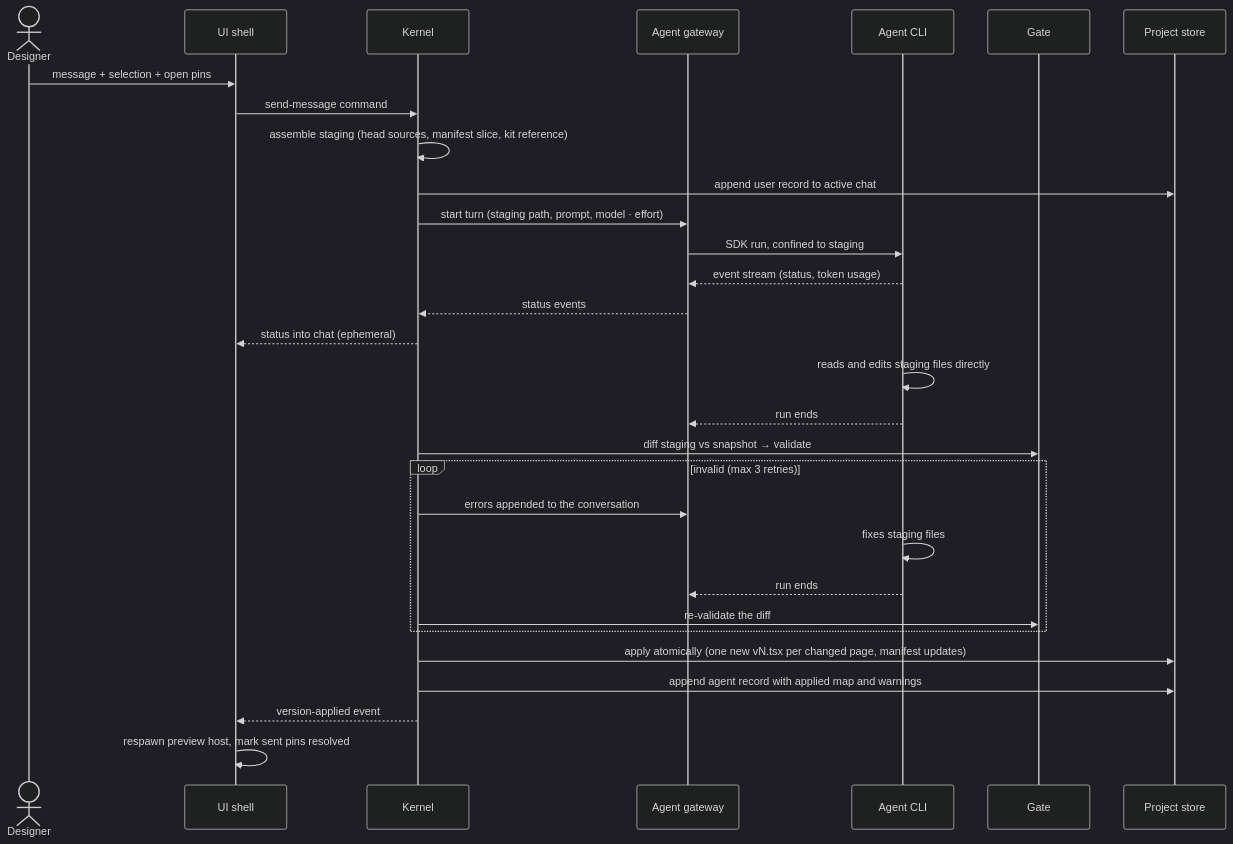
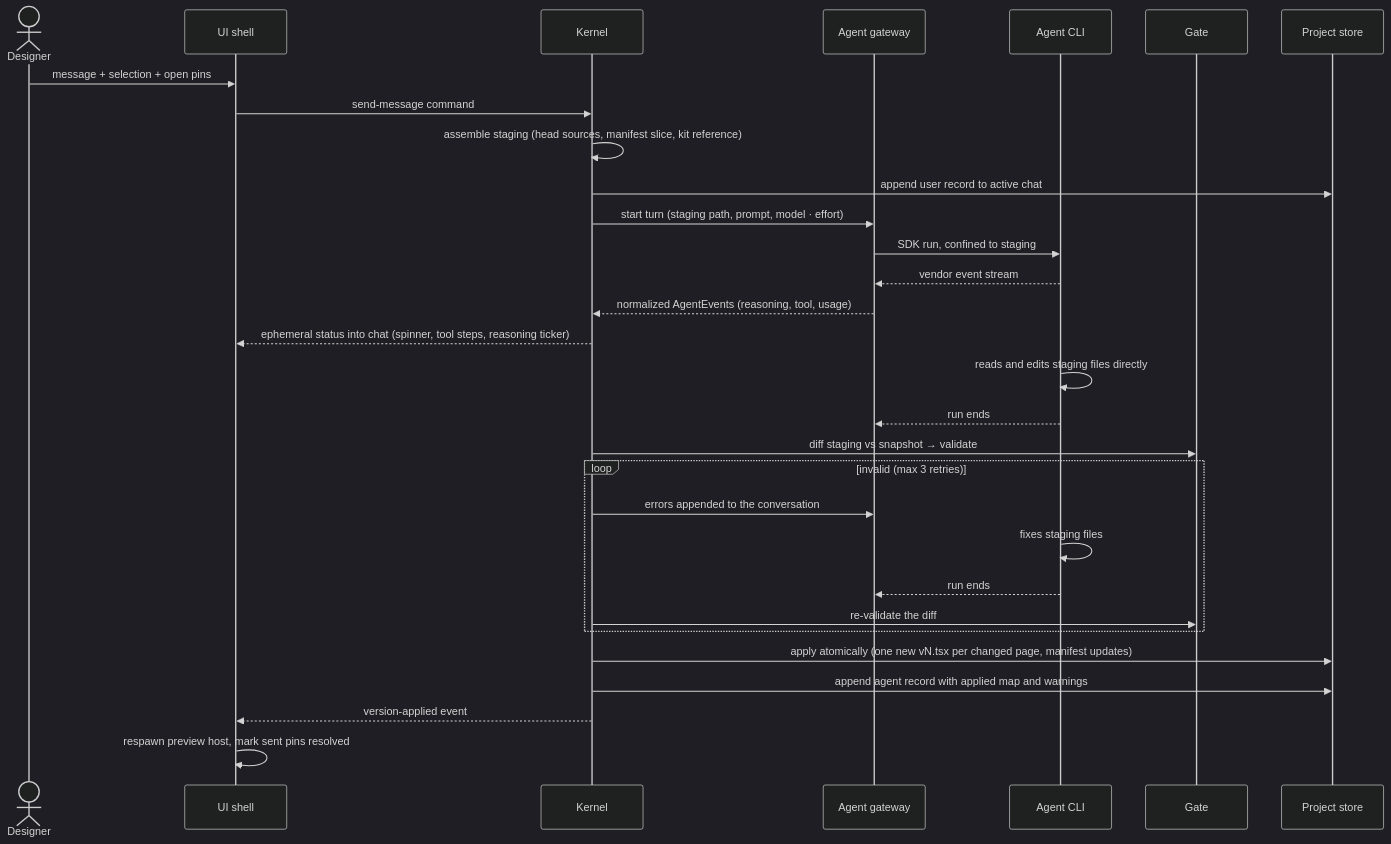
Before and after one commit to khmilevoi/termcraft: the diagram in docs/architecture/flows/generation-turn.md, drawn with Mermaid (dark theme). The commit also changed other lines of this file and 1 other file, not shown here.

Commit message:
docs(spec): define the AgentEvent taxonomy and streaming-status presentation
The backend contract gains the AgentEvent shape (reasoning / tool / final /
usage / error) with per-backend normalization of vendor SDK streams; §3.2
gains the ephemeral status block (spinner, accumulating tool steps, a
reasoning ticker holding only the latest chunk) that collapses into the
persisted agent record rendered in markdown-lite. Any event resets the
120-second silence watchdog. Testing section extended accordingly;
generation-turn flow updated to match.

Claude-Session: https://claude.ai/code/session_01ASSEmRUNe23fAuprFddvzv

````diff
--- a/docs/architecture/flows/generation-turn.md
+++ b/docs/architecture/flows/generation-turn.md
@@ -3,33 +3,33 @@
 ```mermaid
 sequenceDiagram
     actor U as Designer
     participant UI as UI shell
     participant K as Kernel
     participant G as Agent gateway
     participant C as Agent CLI
     participant V as Gate
     participant S as Project store
 
     U->>UI: message + selection + open pins
     UI->>K: send-message command
     K->>K: assemble staging (head sources, manifest slice, kit reference)
     K->>S: append user record to active chat
     K->>G: start turn (staging path, prompt, model · effort)
     G->>C: SDK run, confined to staging
-    C-->>G: event stream (status, token usage)
-    G-->>K: status events
-    K-->>UI: status into chat (ephemeral)
+    C-->>G: vendor event stream
+    G-->>K: normalized AgentEvents (reasoning, tool, usage)
+    K-->>UI: ephemeral status into chat (spinner, tool steps, reasoning ticker)
     C->>C: reads and edits staging files directly
     C-->>G: run ends
     K->>V: diff staging vs snapshot → validate
     loop invalid (max 3 retries)
         K->>G: errors appended to the conversation
         C->>C: fixes staging files
         C-->>G: run ends
         K->>V: re-validate the diff
     end
     K->>S: apply atomically (one new vN.tsx per changed page, manifest updates)
     K->>S: append agent record with applied map and warnings
     K-->>UI: version-applied event
     UI->>UI: respawn preview host, mark sent pins resolved
 ```
````
